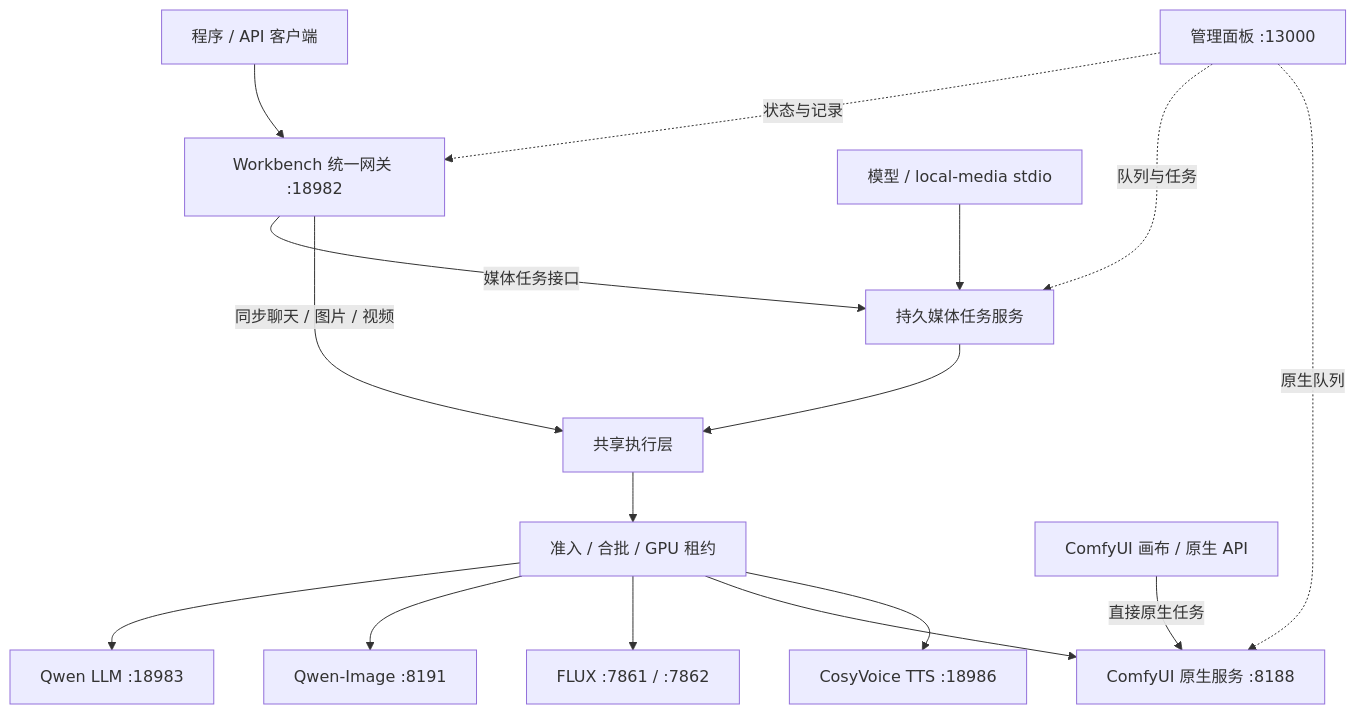
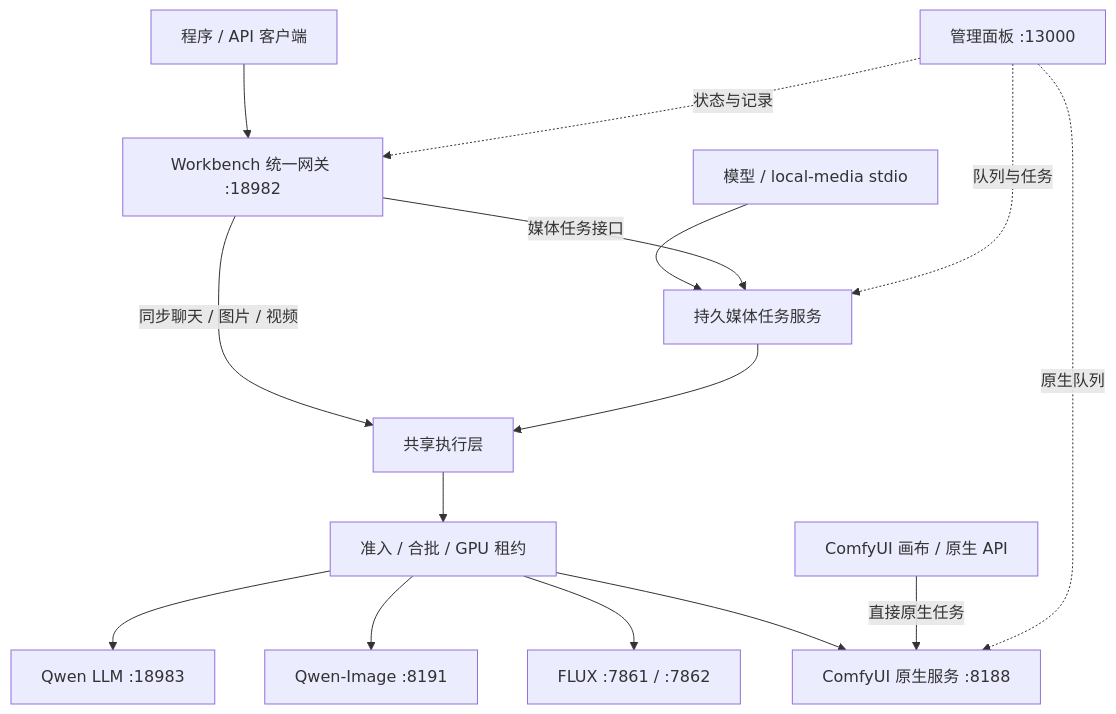
One commit to Aoike123/llm-backend changed the diagram in docs/RUNTIME_TOPOLOGY.md. Above: the diagram before and after it, drawn with Mermaid. The commit also changed other lines of this file and 27 other files, not shown here.

First line of the commit message:
Retire CosyVoice and the speech lane from the gateway, MCP and console

````diff
--- a/docs/RUNTIME_TOPOLOGY.md
+++ b/docs/RUNTIME_TOPOLOGY.md
@@ -11,18 +11,17 @@
 ```mermaid
 flowchart TD
   API[程序 / API 客户端] --> G[Workbench 统一网关 :18982]
   MCP[模型 / local-media stdio] --> J[持久媒体任务服务]
   G -->|媒体任务接口| J
   G -->|同步聊天 / 图片 / 视频| E[共享执行层]
   J --> E
   E --> S[准入 / 合批 / GPU 租约]
   S --> L[Qwen LLM :18983]
   S --> Q[Qwen-Image :8191]
   S --> F[FLUX :7861 / :7862]
   S --> H[ComfyUI 原生服务 :8188]
-  S --> T[CosyVoice TTS :18986]
   UI[ComfyUI 画布 / 原生 API] -->|直接原生任务| H
   P[管理面板 :13000] -.状态与记录.-> G
   P -.队列与任务.-> J
   P -.原生队列.-> H
 ```
````
